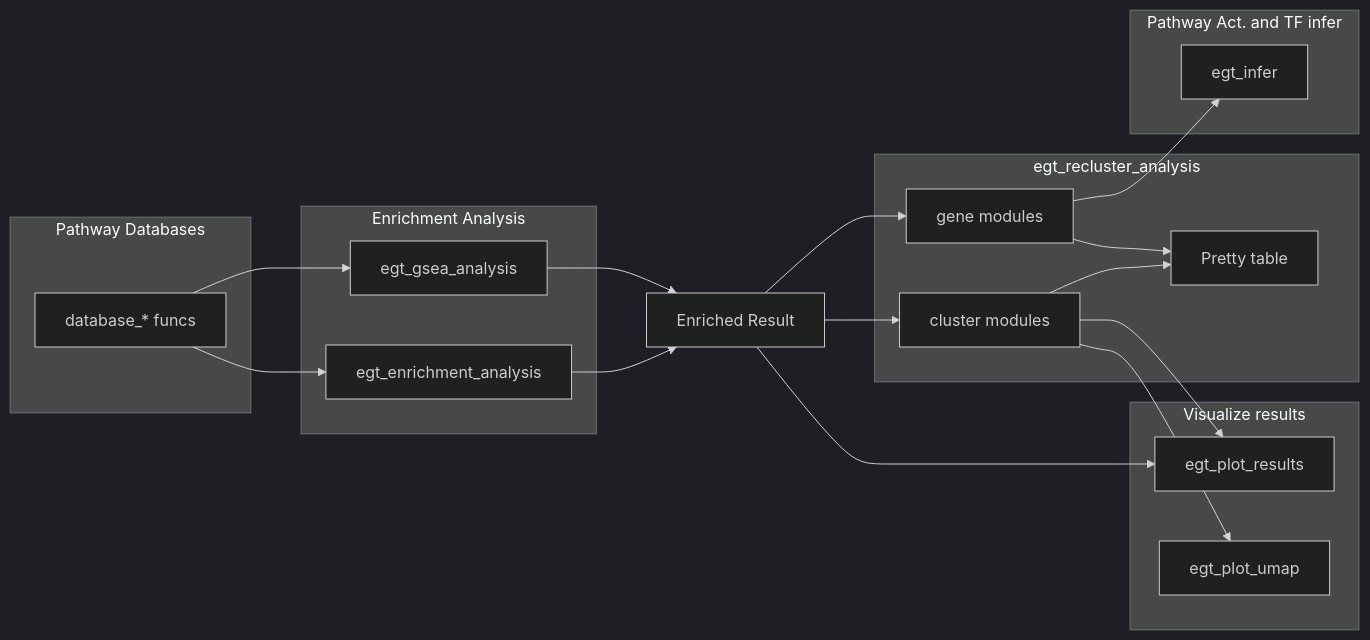
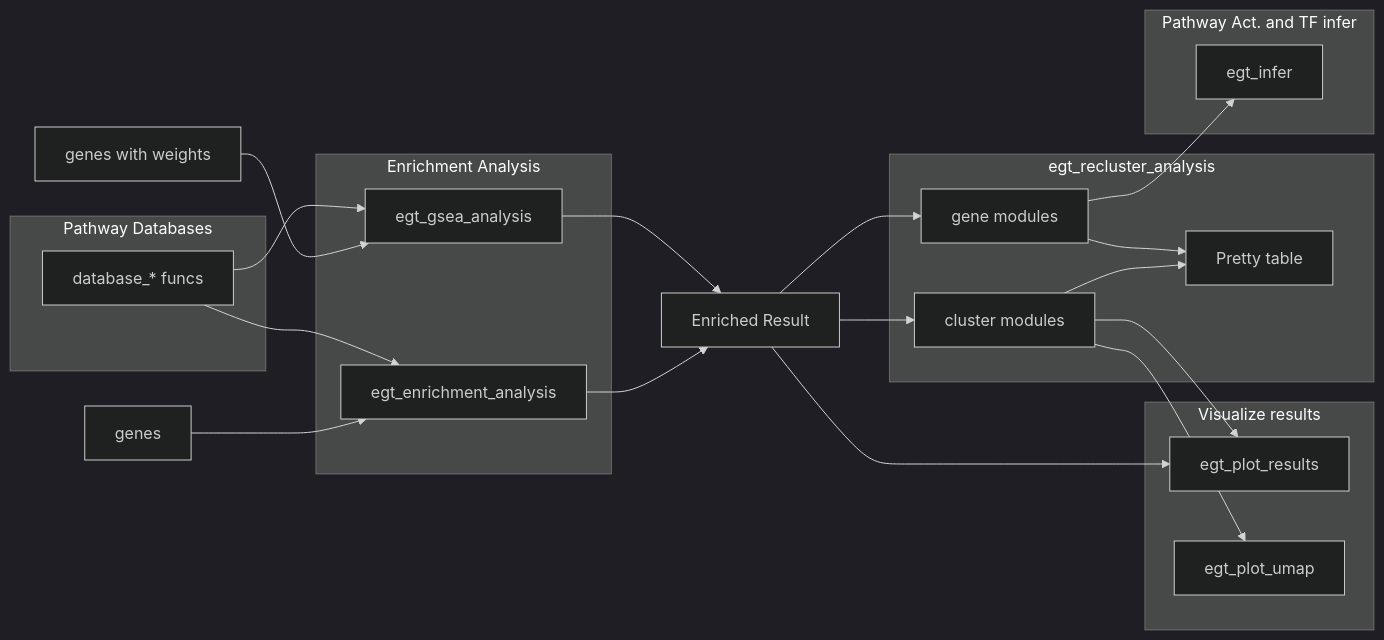
The diagram in README.md (ZhimingYe/EnrichGT), drawn with Mermaid (dark theme) before and after one commit. The commit also changed other lines of this file, not shown here.

Commit message:
bump readme to 0.6

````diff
--- a/README.md
+++ b/README.md
@@ -18,47 +10,57 @@
 ``` mermaid
 
 graph LR
+    
+    M[genes]
+    N[genes with weights]
+    
     subgraph Enrichment Analysis
         A[egt_enrichment_analysis]
         B[egt_gsea_analysis]
     end
 
     subgraph Pathway Databases
         D[database_* funcs]
     end
 
     subgraph Visualize results
         P1[egt_plot_results]
         P2[egt_plot_umap]
     end
 
     subgraph egt_recluster_analysis
         K1[Pretty table]
         CC[cluster modules]
         MG[gene modules]
     end
 
     subgraph Pathway Act. and TF infer 
         
         I[egt_infer]
     end
-
+    
+    M --> A
+    N --> B
+    
     D --> A
     D --> B
-
+    
     A --> C[Enriched Result]
     B --> C
 
     C --> CC
     C --> MG
 
     C --> P1
 
     CC --> K1
     MG --> K1
 
     CC --> P1
     CC --> P2
 
     MG --> I
+
+
+
 ```
````
